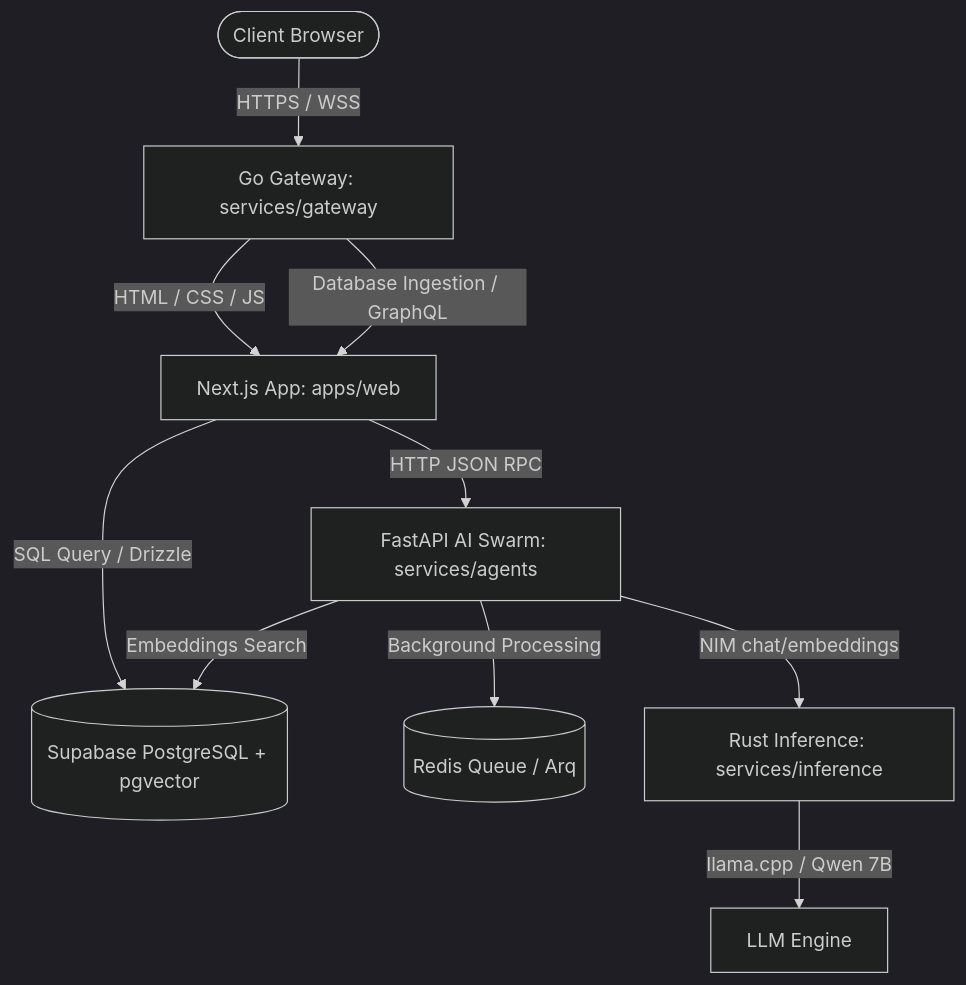
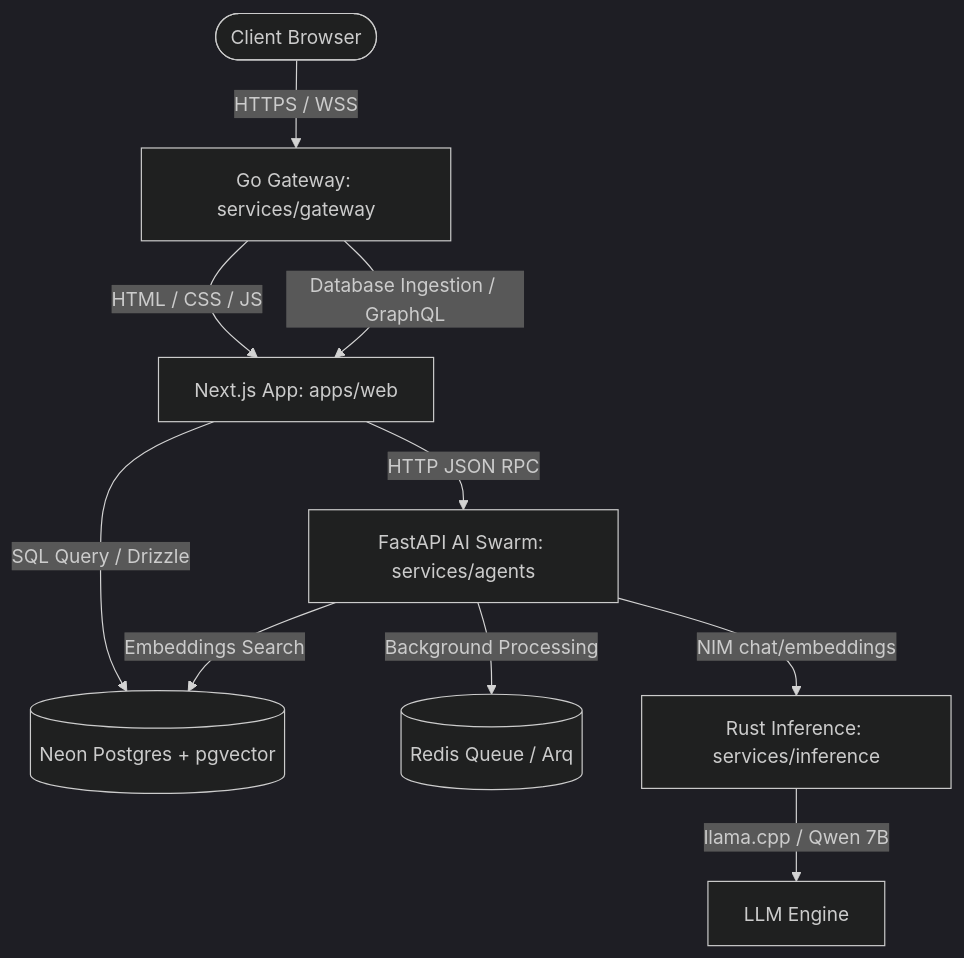
The first of 2 diagrams in docs/specs/architecture_detailed.md (singhaditya21/school-sis), drawn with Mermaid (dark theme) before and after one commit. The commit also changed other lines of this file and 33 other files, not shown here.

````diff
--- a/docs/specs/architecture_detailed.md
+++ b/docs/specs/architecture_detailed.md
@@ -11,12 +11,12 @@
 ```mermaid
 graph TD
     UserClient([Client Browser]) -->|HTTPS / WSS| Gateway[Go Gateway: services/gateway]
     Gateway -->|HTML / CSS / JS| Web[Next.js App: apps/web]
     Gateway -->|Database Ingestion / GraphQL| Web
-    Web -->|SQL Query / Drizzle| Postgres[(Supabase PostgreSQL + pgvector)]
+    Web -->|SQL Query / Drizzle| Postgres[(Neon Postgres + pgvector)]
     Web -->|HTTP JSON RPC| Agents[FastAPI AI Swarm: services/agents]
     Agents -->|Background Processing| RedisQueue[(Redis Queue / Arq)]
     Agents -->|Embeddings Search| Postgres
     Agents -->|NIM chat/embeddings| Inference[Rust Inference: services/inference]
     Inference -->|llama.cpp / Qwen 7B| LLM[LLM Engine]
 ```
````
